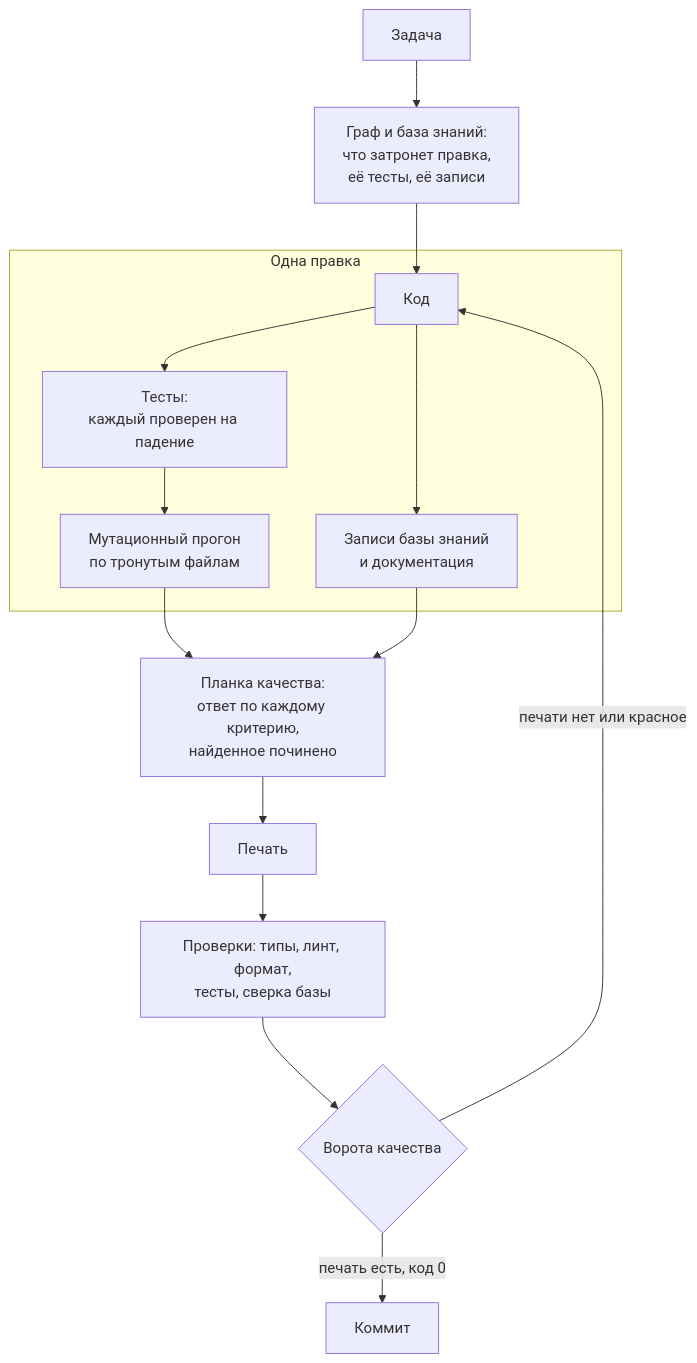
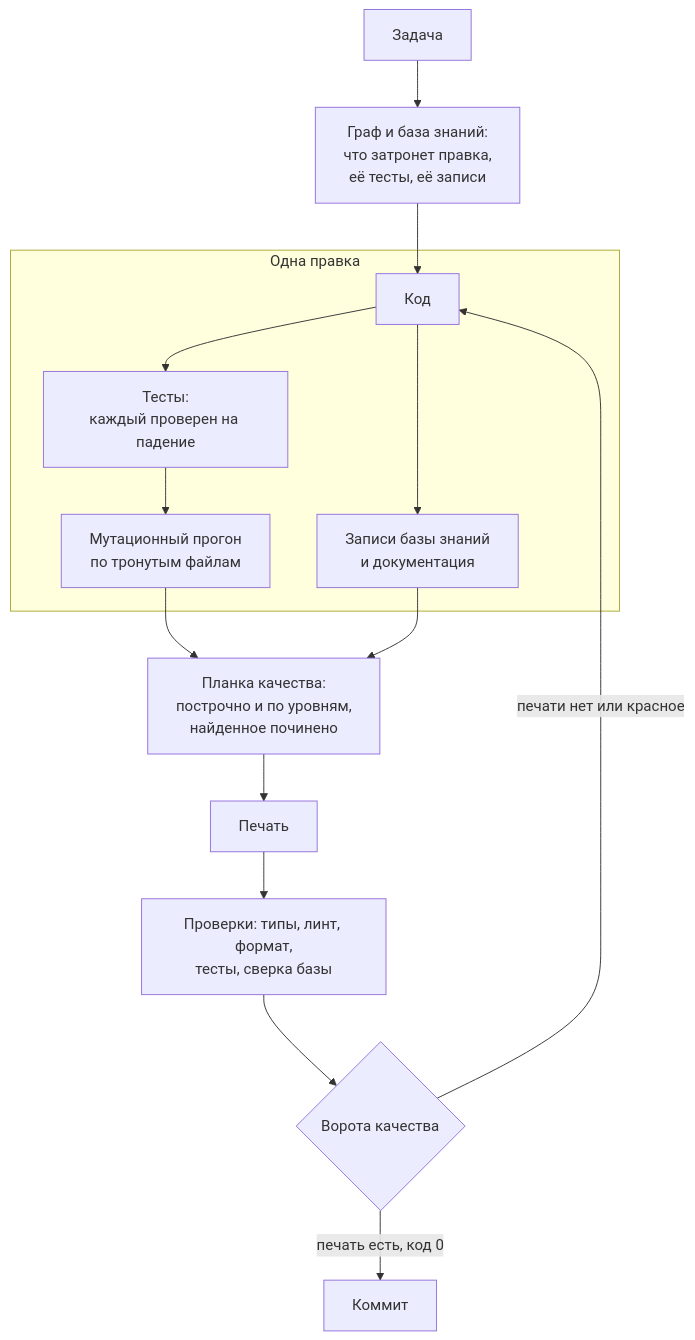
Before and after one commit to Igor-lx/claudeHarness: the second of 3 diagrams in README.ru.md, drawn with Mermaid. The commit also changed other lines of this file and 1 other file, not shown here.

````diff
--- a/README.ru.md
+++ b/README.ru.md
@@ -186,17 +228,17 @@
 ```mermaid
 flowchart TD
   A[Задача] --> B["Граф и база знаний:<br>что затронет правка,<br>её тесты, её записи"]
   B --> C[Код]
   subgraph edit [Одна правка]
     C --> T["Тесты:<br>каждый проверен на падение"]
     C --> R["Записи базы знаний<br>и документация"]
     T --> M["Мутационный прогон<br>по тронутым файлам"]
   end
-  M --> P["Планка качества:<br>ответ по каждому критерию,<br>найденное починено"]
+  M --> P["Планка качества:<br>построчно и по уровням,<br>найденное починено"]
   R --> P
   P --> S[Печать]
   S --> K["Проверки: типы, линт, формат,<br>тесты, сверка базы"]
   K --> G{Ворота качества}
   G -- "печать есть, код 0" --> H[Коммит]
   G -- "печати нет или красное" --> C
 ```
````
